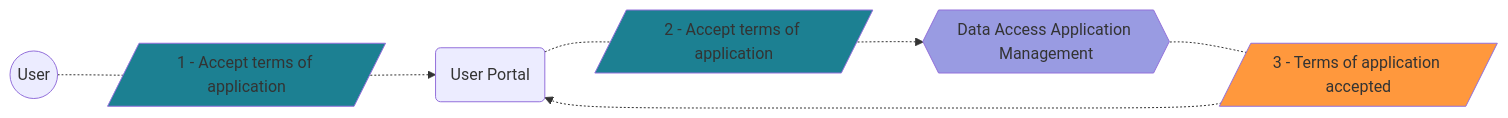
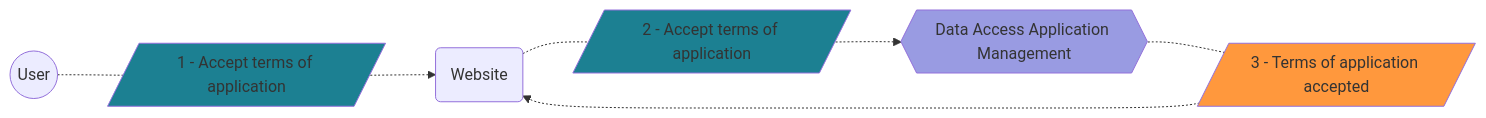
One commit to GenomicDataInfrastructure/gdi-userportal-docs changed the sixth of 15 diagrams in content/docs/data-access-application-management/use-cases/_index.md. Above: the diagram before and after it, drawn with Mermaid. The commit also changed other lines of this file, not shown here.

````diff
--- a/content/docs/data-access-application-management/use-cases/_index.md
+++ b/content/docs/data-access-application-management/use-cases/_index.md
@@ -223,36 +223,36 @@
 ```mermaid
 flowchart LR
     user(("`
         User
     `"))
     
-    user_portal("`
-        User Portal
+    website("`
+        Website
     `")
     
     daam{{"`
         Data Access Application Management
     `"}}
     style daam fill:#999be2
     
     accept_terms_1[/"`
         1 - Accept terms of application
     `"/]
     accept_terms_2[/"`
         2 - Accept terms of application
     `"/]
     style accept_terms_1 fill:#1C8092
     style accept_terms_2 fill:#1C8092
 
     terms_accepted[/"`
         3 - Terms of application accepted
     `"/]
     style terms_accepted fill:#FF983D
 
     user -.- accept_terms_1
-    accept_terms_1 -.-> user_portal
-    user_portal -.- accept_terms_2
+    accept_terms_1 -.-> website
+    website -.- accept_terms_2
     accept_terms_2 -.-> daam
     daam -.- terms_accepted
-    terms_accepted -.-> user_portal
+    terms_accepted -.-> website
 ```
````
